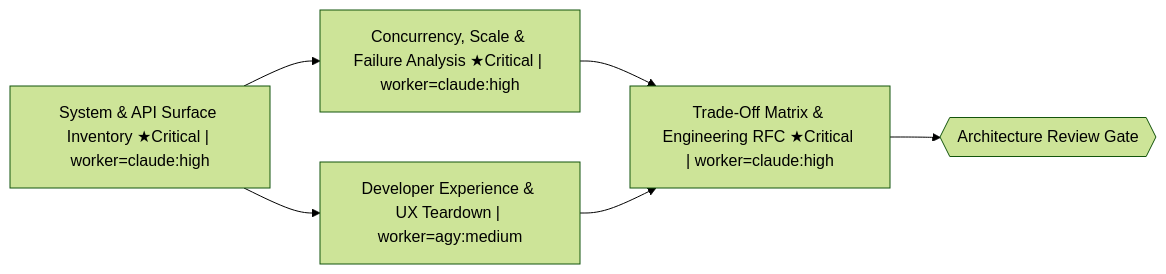
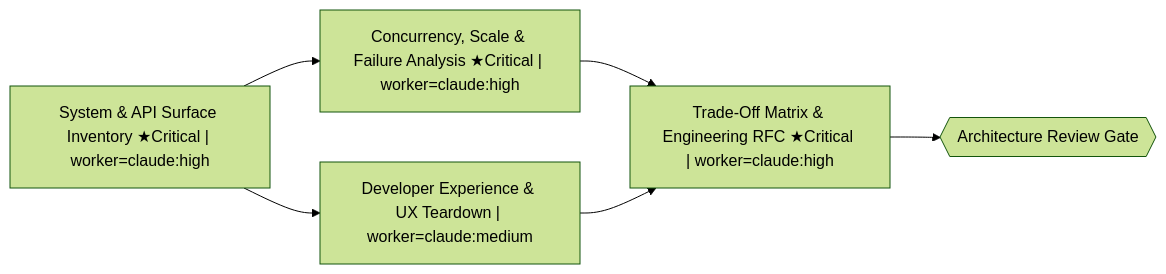
Before and after one commit to Daijunfan/Aexus-Code: the diagram in examples/blueprints/arch-teardown.md, drawn with Mermaid (forest theme). The commit also changed other lines of this file and 18 other files, not shown here.

Commit message:
docs,ci: sync blueprints, add Mermaid diagrams, harden CI/release, Linux desktop & honest v1.1.0 docs

````diff
--- a/examples/blueprints/arch-teardown.md
+++ b/examples/blueprints/arch-teardown.md
@@ -1,13 +1,13 @@
 ```mermaid
 flowchart LR
   %% @pos R1 204,260
   %% @pos R2 598,132
   %% @pos R3 598,388
   %% @pos R4 992,260
   %% @pos U1 1386,260
   R1["System & API Surface Inventory ★Critical | worker=claude:high"] --> R2["Concurrency, Scale & Failure Analysis ★Critical | worker=claude:high"]
-  R1 --> R3["Developer Experience & UX Teardown | worker=agy:medium"]
+  R1 --> R3["Developer Experience & UX Teardown | worker=claude:medium"]
   R2 --> R4["Trade-Off Matrix & Engineering RFC ★Critical | worker=claude:high"]
   R3 --> R4
   R4 --> U1{{"Architecture Review Gate"}}
 ```
````
